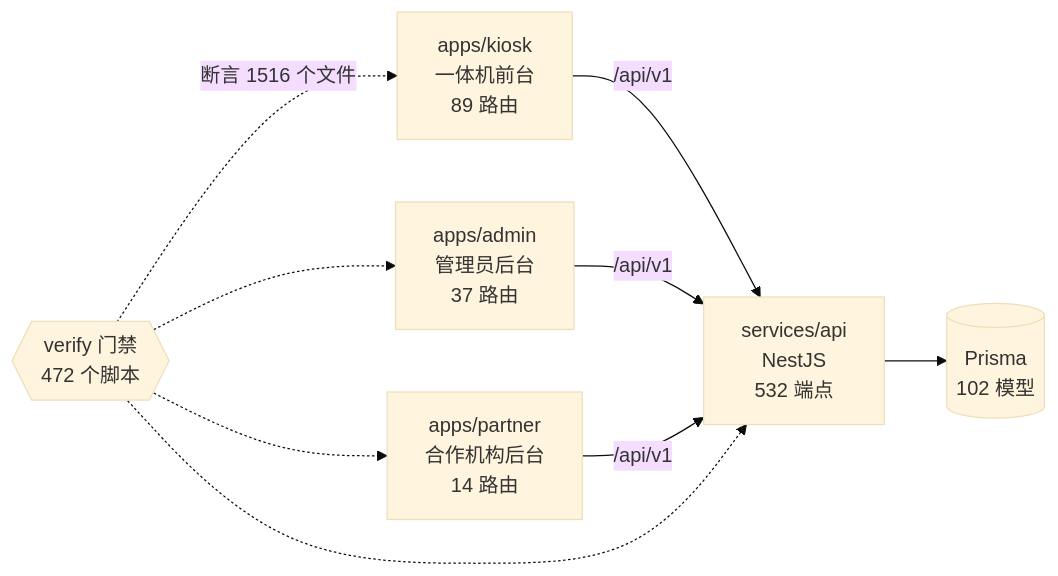
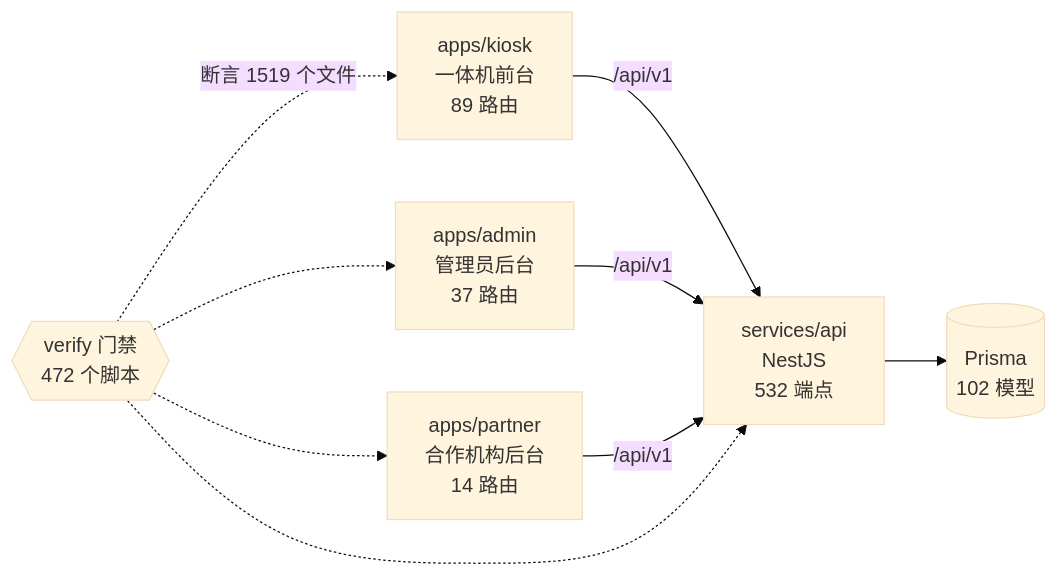
Before and after one commit to wanglei581/YITIJI: the diagram in docs/graph/README.md, drawn with Mermaid (base theme). The commit also changed other lines of this file and 6 other files, not shown here.

````diff
--- a/docs/graph/README.md
+++ b/docs/graph/README.md
@@ -68,18 +68,18 @@
 ```mermaid
 flowchart LR
   kiosk["apps/kiosk<br/>一体机前台<br/>89 路由"]
   admin["apps/admin<br/>管理员后台<br/>37 路由"]
   partner["apps/partner<br/>合作机构后台<br/>14 路由"]
   api["services/api<br/>NestJS<br/>532 端点"]
   db[("Prisma<br/>102 模型")]
   gates{{"verify 门禁<br/>472 个脚本"}}
 
   kiosk -->|"/api/v1"| api
   admin -->|"/api/v1"| api
   partner -->|"/api/v1"| api
   api --> db
-  gates -.->|"断言 1516 个文件"| kiosk
+  gates -.->|"断言 1519 个文件"| kiosk
   gates -.-> admin
   gates -.-> partner
   gates -.-> api
 ```
````
